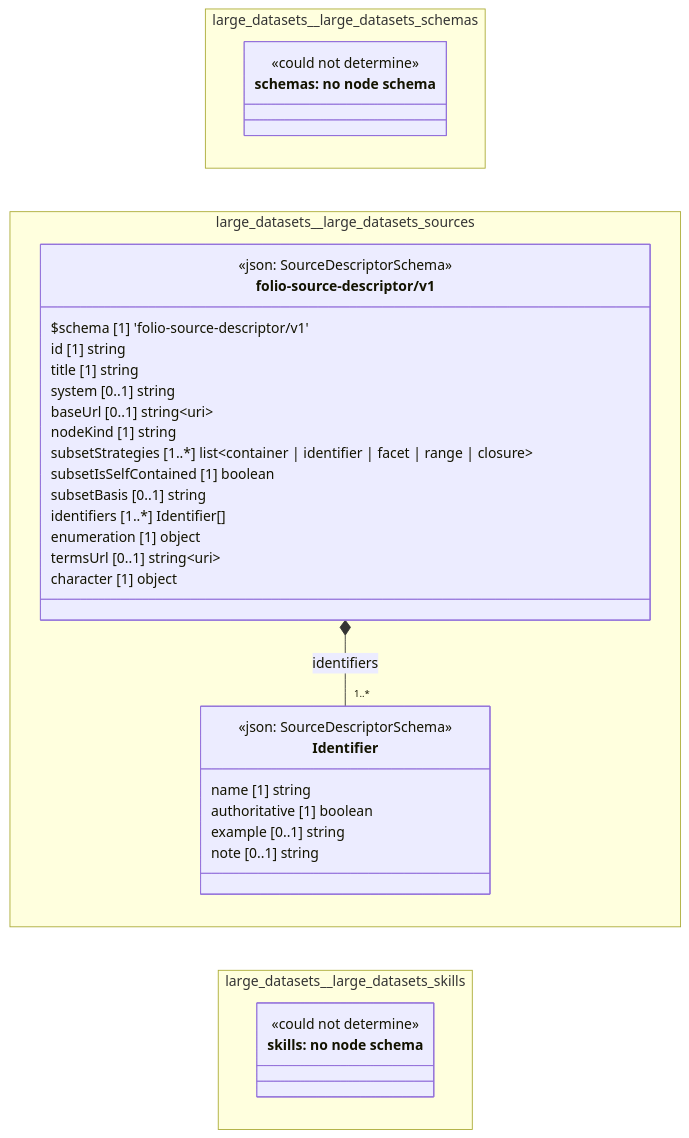
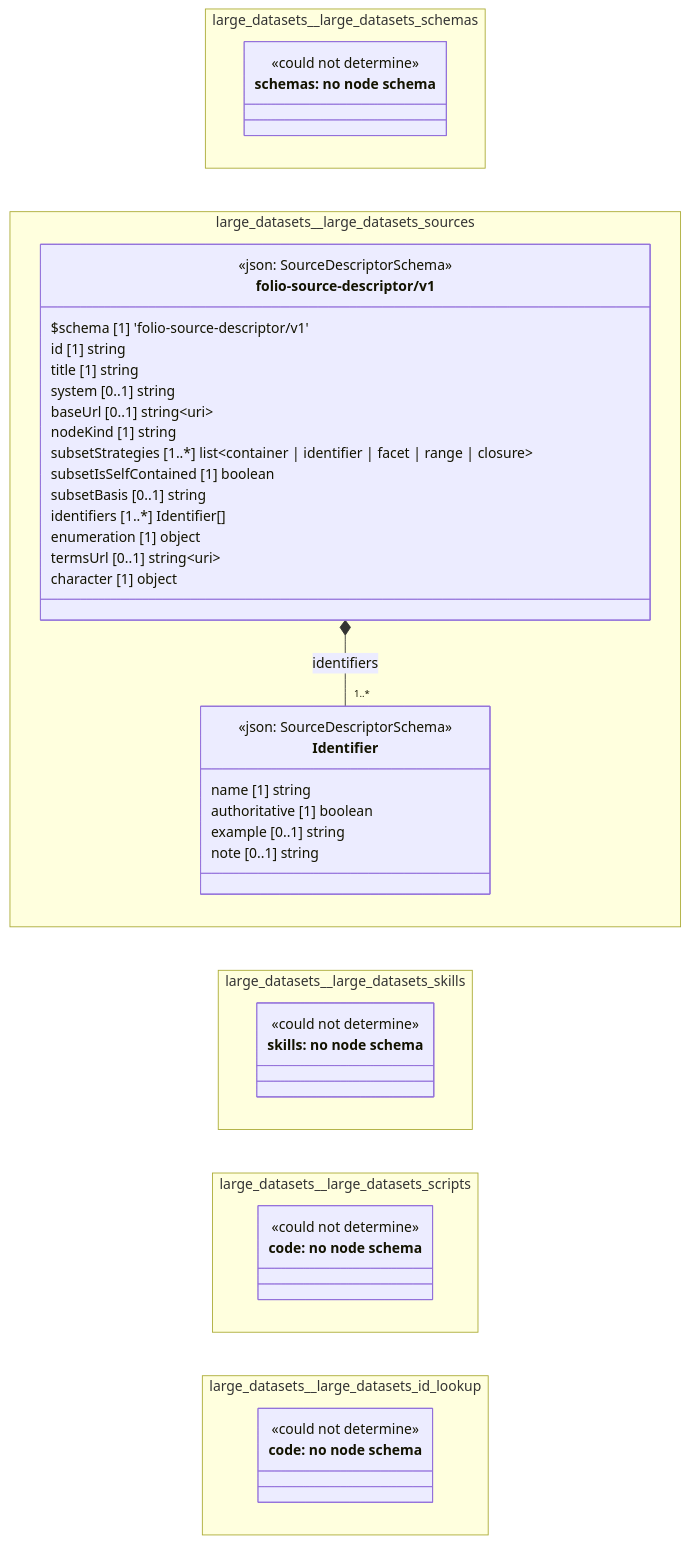
One commit to litlfred/folio-assistant changed the diagram in cat-harness/uml/overview/large-datasets.mmd. Above: the diagram before and after it, drawn with Mermaid. The commit also changed 30 other files, not shown here.

```diff
--- a/cat-harness/uml/overview/large-datasets.mmd
+++ b/cat-harness/uml/overview/large-datasets.mmd
@@ -1,44 +1,58 @@
 classDiagram
   direction LR
   namespace large_datasets__large_datasets_schemas {
     class n_large_datasets_large_datasets_schemas_schemas["schemas: no node schema"] {
       <<could not determine>>
     }
   }
   namespace large_datasets__large_datasets_sources {
     class large_datasets_large_datasets_sources_folio_source_descriptor_v1_Identifier["Identifier"] {
       <<json: SourceDescriptorSchema>>
       name [1] string
       authoritative [1] boolean
       example [0..1] string
       note [0..1] string
     }
     class large_datasets_large_datasets_sources_folio_source_descriptor_v1_folio_source_descriptor_v1["folio-source-descriptor/v1"] {
       <<json: SourceDescriptorSchema>>
       $schema [1] 'folio-source-descriptor/v1'
       id [1] string
       title [1] string
       system [0..1] string
       baseUrl [0..1] string~uri~
       nodeKind [1] string
       subsetStrategies [1..*] list~container | identifier | facet | range | closure~
       subsetIsSelfContained [1] boolean
       subsetBasis [0..1] string
       identifiers [1..*] Identifier[]
       enumeration [1] object
       termsUrl [0..1] string~uri~
       character [1] object
     }
   }
   namespace large_datasets__large_datasets_skills {
     class n_large_datasets_large_datasets_skills_skills["skills: no node schema"] {
       <<could not determine>>
     }
   }
+  namespace large_datasets__large_datasets_scripts {
+    class n_large_datasets_large_datasets_scripts_code["code: no node schema"] {
+      <<could not determine>>
+    }
+  }
+  namespace large_datasets__large_datasets_id_lookup {
+    class n_large_datasets_large_datasets_id_lookup_code["code: no node schema"] {
+      <<could not determine>>
+    }
+  }
   cssClass "n_large_datasets_large_datasets_schemas_schemas" fa_uml_kind_schemas
   cssClass "n_large_datasets_large_datasets_schemas_schemas" fa_uml_undetermined
   large_datasets_large_datasets_sources_folio_source_descriptor_v1_folio_source_descriptor_v1 *-- "1..*" large_datasets_large_datasets_sources_folio_source_descriptor_v1_Identifier : identifiers
   cssClass "large_datasets_large_datasets_sources_folio_source_descriptor_v1_Identifier" fa_uml_kind_schemas
   cssClass "large_datasets_large_datasets_sources_folio_source_descriptor_v1_folio_source_descriptor_v1" fa_uml_kind_schemas
   cssClass "n_large_datasets_large_datasets_skills_skills" fa_uml_kind_skills
   cssClass "n_large_datasets_large_datasets_skills_skills" fa_uml_undetermined
+  cssClass "n_large_datasets_large_datasets_scripts_code" fa_uml_kind_code
+  cssClass "n_large_datasets_large_datasets_scripts_code" fa_uml_undetermined
+  cssClass "n_large_datasets_large_datasets_id_lookup_code" fa_uml_kind_code
+  cssClass "n_large_datasets_large_datasets_id_lookup_code" fa_uml_undetermined
```
